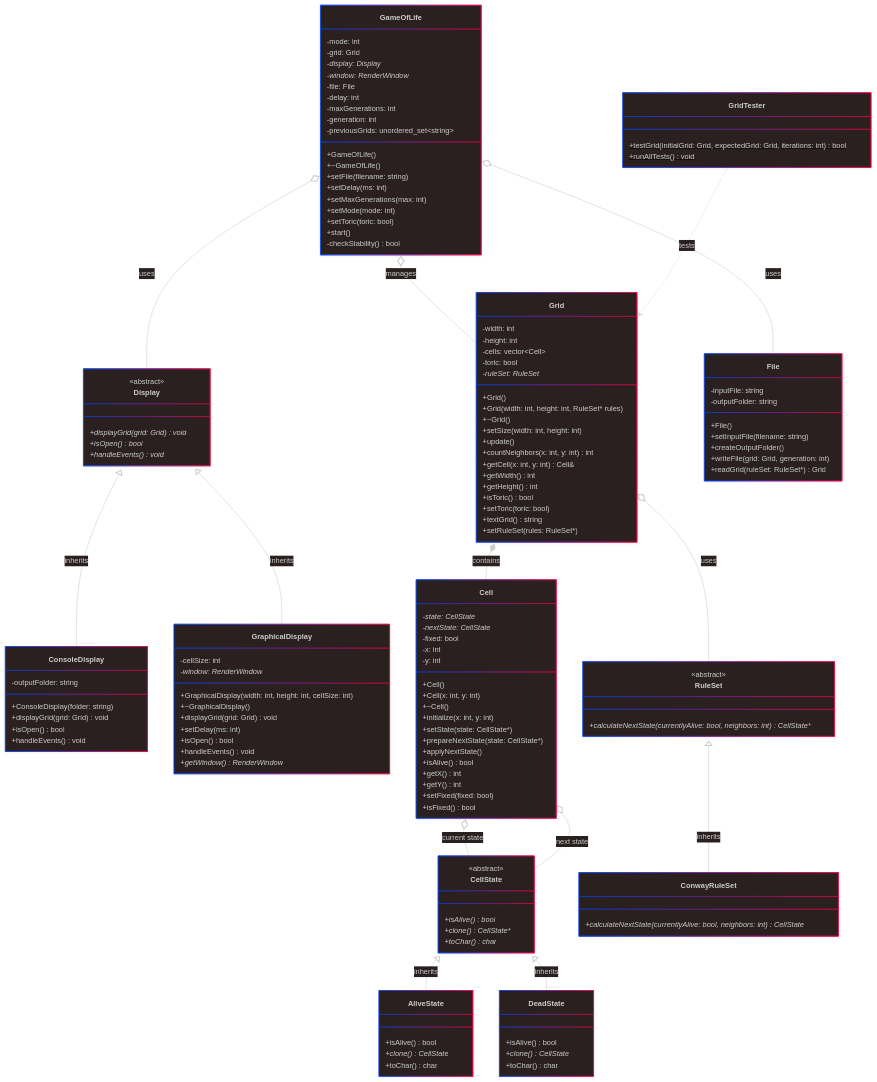
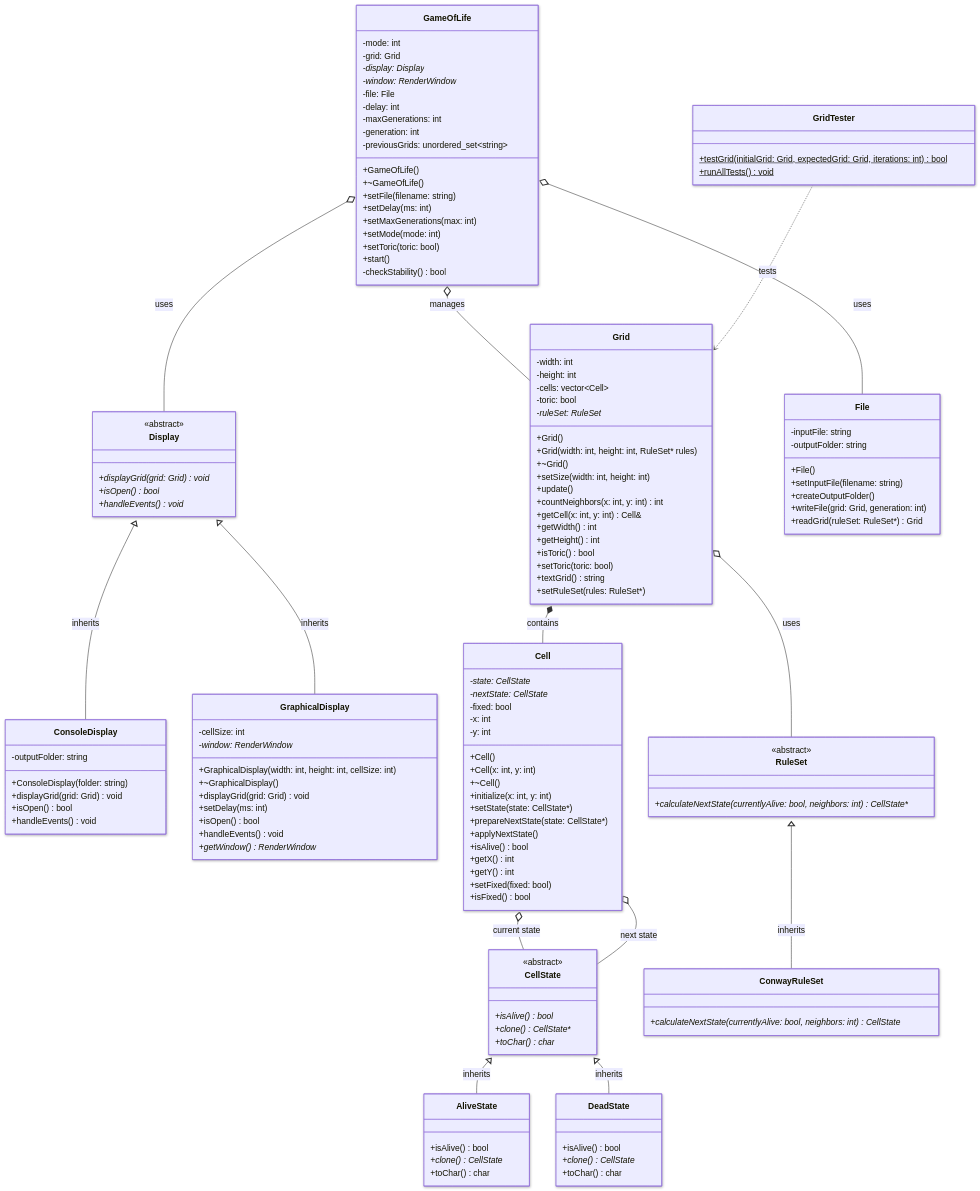
Before and after one commit to RomainBeche/GameOfLife: the diagram in Diagrams/class_diagram.mmd, drawn with Mermaid. The commit also changed 4 other files, not shown here.

Commit message:
Added all 3 sequence diagrams

```diff
--- a/Diagrams/class_diagram.mmd
+++ b/Diagrams/class_diagram.mmd
@@ -1,156 +1,156 @@
 ---
 config:
   layout: dagre
-  theme: neo-dark
+  theme: default
   look: neo
 ---
 classDiagram
     class GameOfLife {
         -mode: int
         -grid: Grid
         -display: Display*
         -window: RenderWindow*
         -file: File
         -delay: int
         -maxGenerations: int
         -generation: int
         -previousGrids: unordered_set~string~
         +GameOfLife()
         +~GameOfLife()
         +setFile(filename: string)
         +setDelay(ms: int)
         +setMaxGenerations(max: int)
         +setMode(mode: int)
         +setToric(toric: bool)
         +start()
         -checkStability() bool
     }
     class Display {
         <<abstract>>
         +displayGrid(grid: Grid)* void
         +isOpen()* bool
         +handleEvents()* void
     }
 
     class ConsoleDisplay {
         -outputFolder: string
         +ConsoleDisplay(folder: string)
         +displayGrid(grid: Grid) void
         +isOpen() bool
         +handleEvents() void
     }
 
     class GraphicalDisplay {
         -cellSize: int
         -window: RenderWindow*
         +GraphicalDisplay(width: int, height: int, cellSize: int)
         +~GraphicalDisplay()
         +displayGrid(grid: Grid) void
         +setDelay(ms: int)
         +isOpen() bool
         +handleEvents() void
         +getWindow() RenderWindow*
     }
 
     class Grid {
         -width: int
         -height: int
         -cells: vector~Cell~
         -toric: bool
         -ruleSet: RuleSet*
         +Grid()
         +Grid(width: int, height: int, RuleSet* rules)
         +~Grid()
         +setSize(width: int, height: int)
         +update()
         +countNeighbors(x: int, y: int) int
         +getCell(x: int, y: int) Cell&
         +getWidth() int
         +getHeight() int
         +isToric() bool
         +setToric(toric: bool)
         +textGrid() string
         +setRuleSet(rules: RuleSet*)
     }
 
     class Cell {
         -state: CellState*
         -nextState: CellState*
         -fixed: bool
         -x: int
         -y: int
         +Cell()
         +Cell(x: int, y: int)
         +~Cell()
         +initialize(x: int, y: int)
         +setState(state: CellState*)
         +prepareNextState(state: CellState*)
         +applyNextState()
         +isAlive() bool
         +getX() int
         +getY() int
         +setFixed(fixed: bool)
         +isFixed() bool
     }
     
     class CellState {
         <<abstract>>
         +isAlive()* bool
         +clone()* CellState*
         +toChar()* char
     }
 
     class AliveState {
         +isAlive() bool
         +clone() CellState*
         +toChar() char
     }
 
     class DeadState {
         +isAlive() bool
         +clone() CellState*
         +toChar() char
     }
     class RuleSet {
         <<abstract>>
         +calculateNextState(currentlyAlive: bool, neighbors: int)* CellState*
     }
 
     class ConwayRuleSet {
         +calculateNextState(currentlyAlive: bool, neighbors: int) CellState*
     }
     
     class File {
         -inputFile: string
         -outputFolder: string
         +File()
         +setInputFile(filename: string)
         +createOutputFolder()
         +writeFile(grid: Grid, generation: int)
         +readGrid(ruleSet: RuleSet*) Grid
     }
     
     class GridTester {
         +testGrid(initialGrid: Grid, expectedGrid: Grid, iterations: int)$ bool
         +runAllTests()$ void
     }
     
     GameOfLife o-- Grid : manages
     GameOfLife o-- Display : uses
     GameOfLife o-- File : uses
     
     Display <|-- ConsoleDisplay : inherits
     Display <|-- GraphicalDisplay : inherits
     
     Grid *-- Cell : contains
     Grid o-- RuleSet : uses
     
     Cell o-- CellState : current state
     Cell o-- CellState : next state
     
     CellState <|-- AliveState : inherits
     CellState <|-- DeadState : inherits
     
     RuleSet <|-- ConwayRuleSet : inherits
     
     GridTester ..> Grid : tests
```
